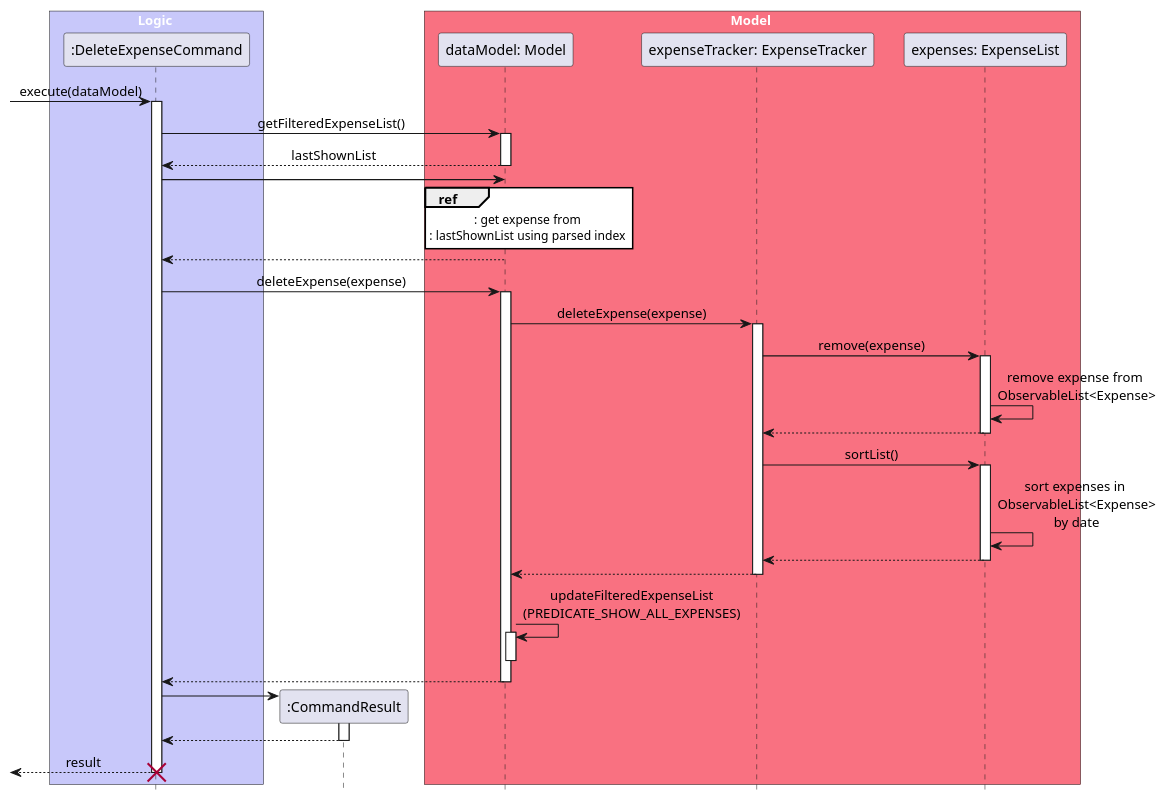
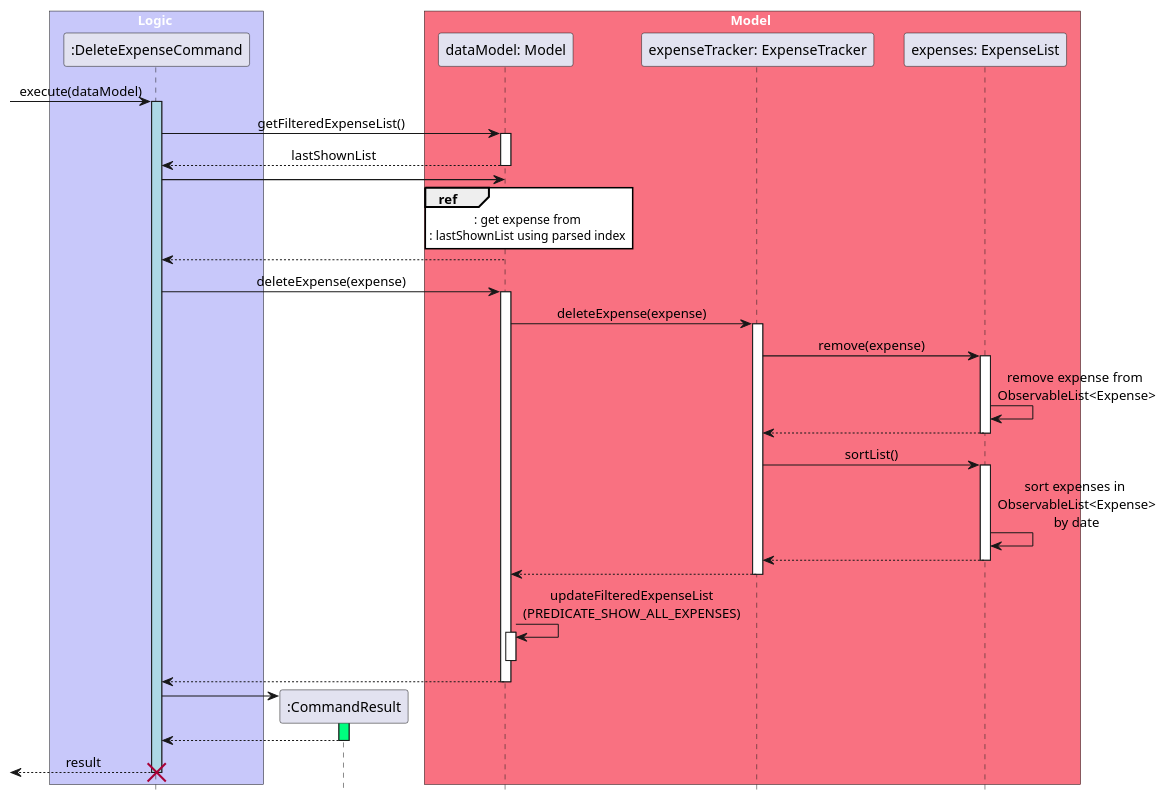
Before and after one commit to nus-cs2103-AY2223S2/tp: the diagram in uml/sequence_diagrams/delete_expense_command.puml, drawn with PlantUML. The commit also changed 23 other files, not shown here.

Commit message:
Fix sequence diagram inconsistencies

```diff
--- a/uml/sequence_diagrams/delete_expense_command.puml
+++ b/uml/sequence_diagrams/delete_expense_command.puml
@@ -1,71 +1,71 @@
-@startuml  delete_expense_command
+@startuml  DeleteExpenseSequenceDiagram
 
 hide footbox
 skinparam MinClassWidth 50
 skinparam ParticipantPadding 10
 skinparam Shadowing false
 skinparam DefaultTextAlignment center
 skinparam packageStyle Rectangle
 
 skinparam Sequence {
     MessageAlign center
     BoxFontSize 15
     BoxPadding 0
     BoxFontColor #FFFFFF
     ReferenceBackgroundColor #FFFFFF
 }
 
 box Model #F97181
 participant "dataModel: Model" as Model order 3
 participant "expenseTracker: ExpenseTracker" as ExpenseTracker order 4
 participant "expenses: ExpenseList" as ExpenseList order 5
 end box
 
 box Logic #C8C8FA
 participant ":DeleteExpenseCommand" as Command  order 1
 end box
 
 [->Command: execute(dataModel)
-activate Command
+activate Command #LightBlue
 Command -> Model: getFilteredExpenseList()
 activate Model
 Model --> Command: lastShownList
 deactivate Model
 
 Command -> Model
 ref over Model
     : get expense from 
     : lastShownList using parsed index 
 end ref
 Model --> Command
 
 Command -> Model: deleteExpense(expense)
 activate Model
 Model -> ExpenseTracker: deleteExpense(expense)
 activate ExpenseTracker
 ExpenseTracker -> ExpenseList: remove(expense)
 activate ExpenseList
 ExpenseList -> ExpenseList: remove expense from \nObservableList<Expense>
 ExpenseList --> ExpenseTracker
 deactivate ExpenseList
 ExpenseTracker -> ExpenseList: sortList()
 activate ExpenseList
 ExpenseList -> ExpenseList: sort expenses in \nObservableList<Expense>\nby date
 ExpenseList --> ExpenseTracker
 deactivate ExpenseList
 ExpenseTracker --> Model
 deactivate ExpenseTracker
 Model -> Model: updateFilteredExpenseList\n(PREDICATE_SHOW_ALL_EXPENSES)
 activate Model
 deactivate Model
 Model --> Command
 deactivate Model
 create ":CommandResult" as CommandResult order 1
 Command -> CommandResult 
-activate CommandResult
+activate CommandResult #SpringGreen
 CommandResult --> Command
 deactivate CommandResult
 [<-- Command: result
 destroy Command
 
 @enduml
```
